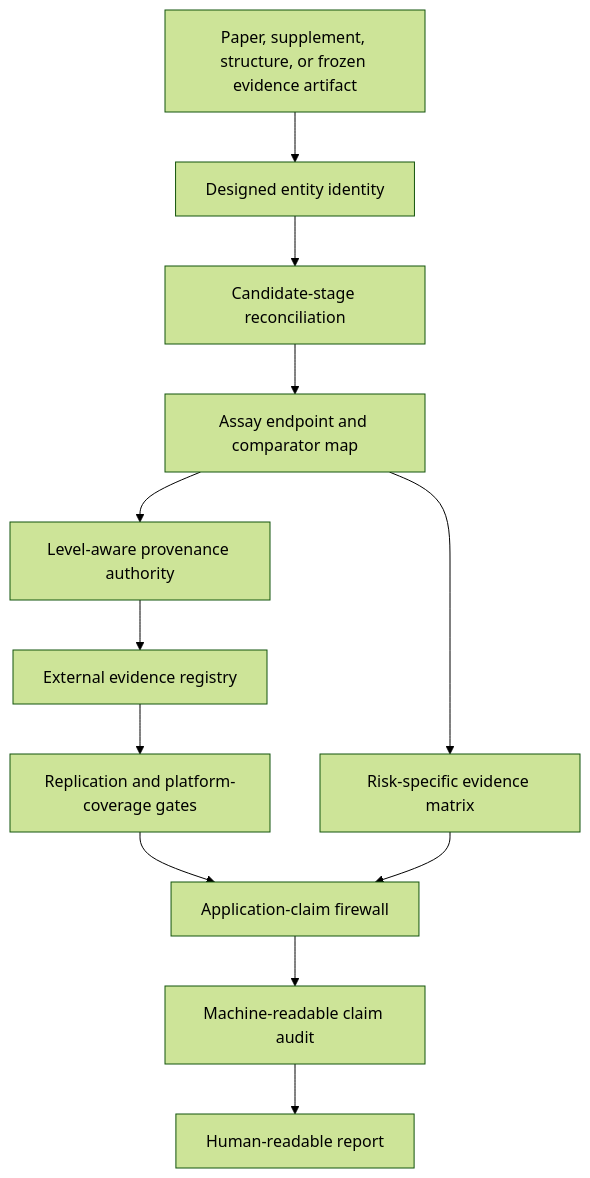
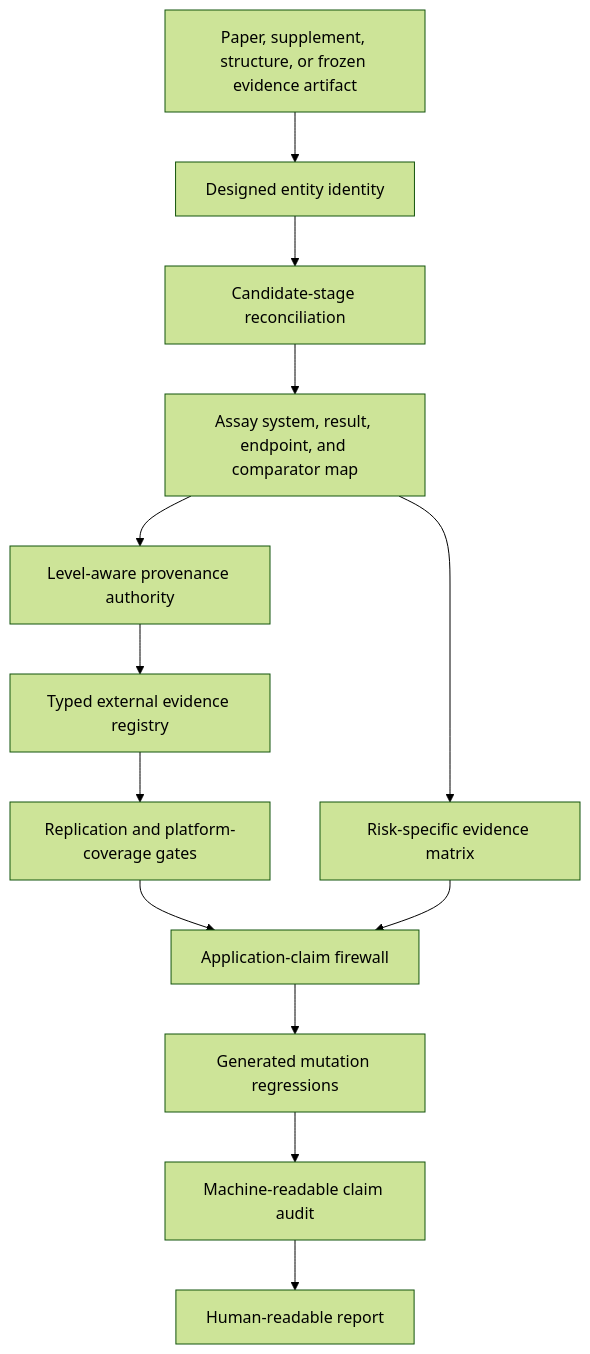
Before and after one commit to safal207/Kairos-Gate-for-X-Cell: the third of 3 diagrams in docs/architecture.md, drawn with Mermaid (forest theme). The commit also changed other lines of this file, not shown here.

Commit message:
docs: add assay semantics and typed F5 authority

````diff
--- a/docs/architecture.md
+++ b/docs/architecture.md
@@ -109,26 +109,28 @@
 ```mermaid
 flowchart TD
     A[Paper, supplement, structure, or frozen evidence artifact]
     B[Designed entity identity]
     C[Candidate-stage reconciliation]
-    D[Assay endpoint and comparator map]
+    D[Assay system, result, endpoint, and comparator map]
     E[Level-aware provenance authority]
-    F[External evidence registry]
+    F[Typed external evidence registry]
     G[Replication and platform-coverage gates]
     H[Risk-specific evidence matrix]
     I[Application-claim firewall]
-    J[Machine-readable claim audit]
-    K[Human-readable report]
+    J[Generated mutation regressions]
+    K[Machine-readable claim audit]
+    L[Human-readable report]
 
     A --> B
     B --> C
     C --> D
     D --> E
     E --> F
     F --> G
     D --> H
     G --> I
     H --> I
     I --> J
     J --> K
+    K --> L
 ```
````
